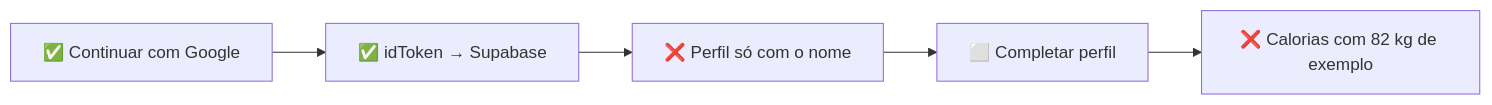
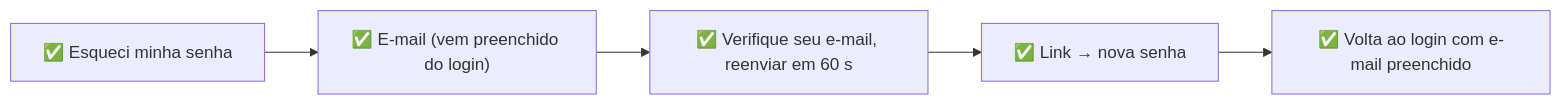
The second of 9 diagrams in audit/analysis.md (willians-e-silva/treina), drawn with Mermaid before and after one commit. The commit also changed other lines of this file and 14 other files, not shown here.

````diff
--- a/audit/analysis.md
+++ b/audit/analysis.md
@@ -2057,12 +2144,12 @@
 ```mermaid
 flowchart LR
-  s0["✅ Continuar com Google"]
-  s1["✅ idToken → Supabase"]
+  s0["✅ Esqueci minha senha"]
+  s1["✅ E-mail (vem preenchido do login)"]
   s0 --> s1
-  s2["❌ Perfil só com o nome"]
+  s2["✅ Verifique seu e-mail, reenviar em 60 s"]
   s1 --> s2
-  s3["⬜ Completar perfil"]
+  s3["✅ Link → nova senha"]
   s2 --> s3
-  s4["❌ Calorias com 82 kg de exemplo"]
+  s4["✅ Volta ao login com e-mail preenchido"]
   s3 --> s4
 ```
````
